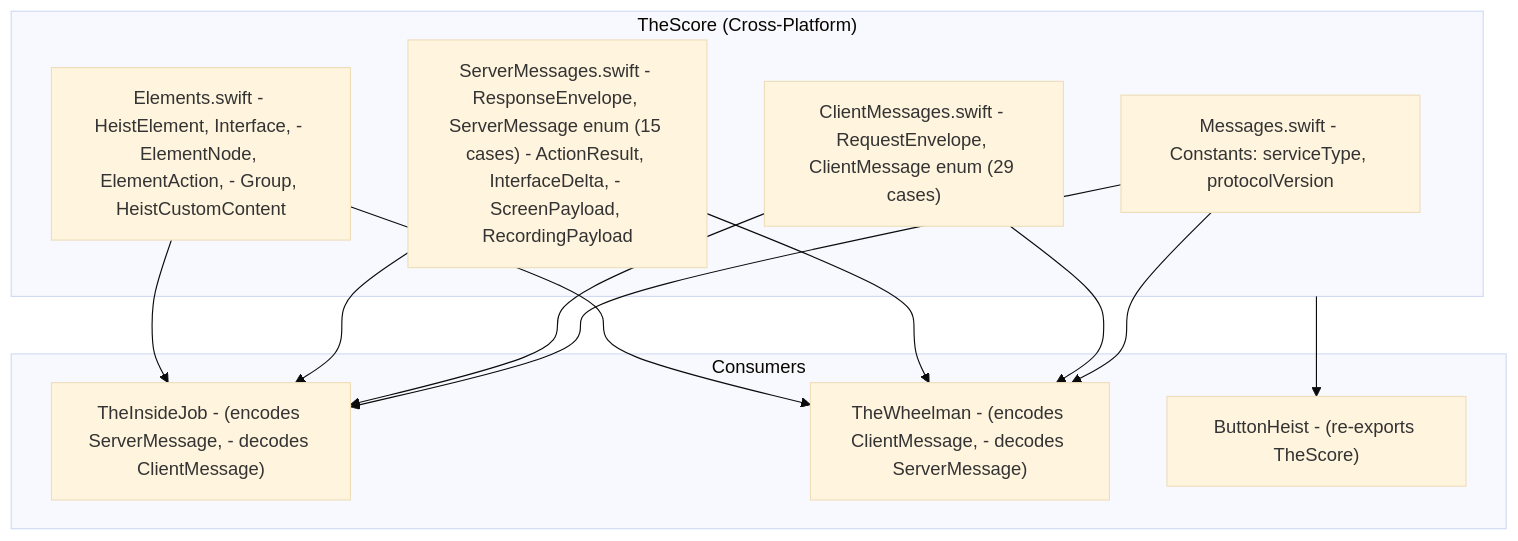
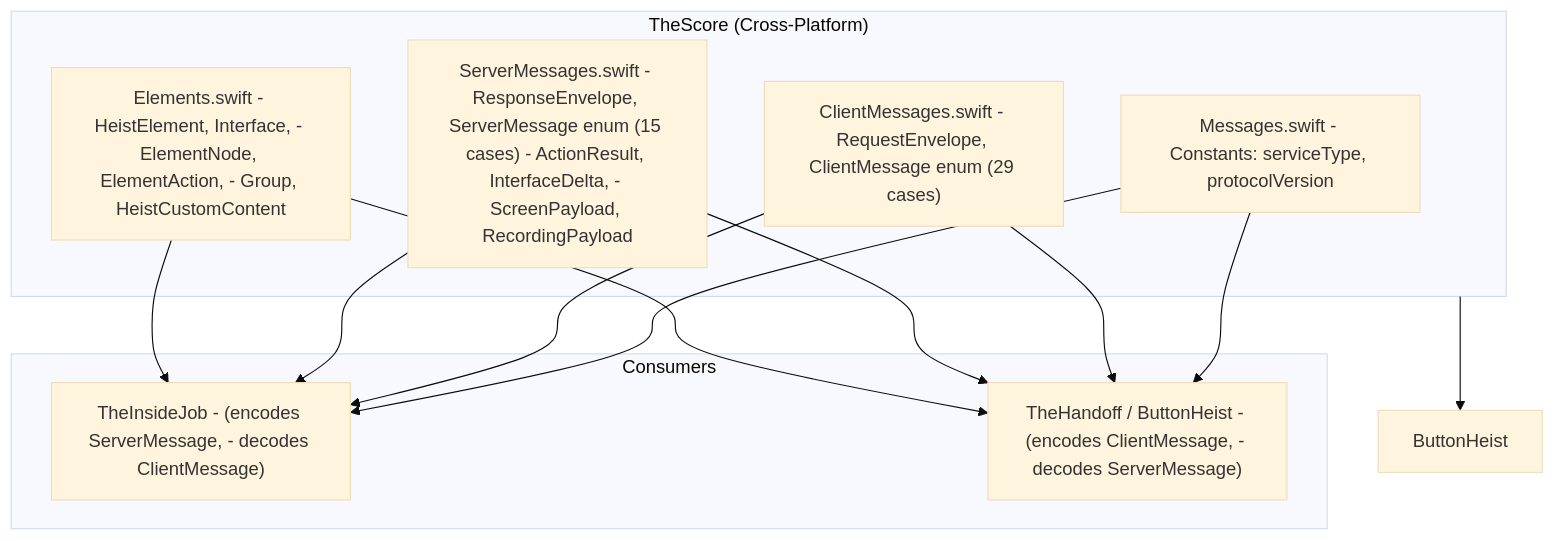
The first of 3 diagrams in docs/dossiers/01-THESCORE.md (RoyalPineapple/TheButtonHeist), drawn with Mermaid (base theme) before and after one commit. The commit also changed 6 other files, not shown here.

First line of the commit message:
Update CLAUDE.md and dossiers for TheWheelman → TheGetaway/TheHandoff split

````diff
--- a/docs/dossiers/01-THESCORE.md
+++ b/docs/dossiers/01-THESCORE.md
@@ -25,25 +25,24 @@
 ```mermaid
 graph TD
     subgraph TheScore["TheScore (Cross-Platform)"]
         Messages["Messages.swift - Constants: serviceType, protocolVersion"]
         Client["ClientMessages.swift - RequestEnvelope, ClientMessage enum (29 cases)"]
         Server["ServerMessages.swift - ResponseEnvelope, ServerMessage enum (15 cases) - ActionResult, InterfaceDelta, - ScreenPayload, RecordingPayload"]
         Elements["Elements.swift - HeistElement, Interface, - ElementNode, ElementAction, - Group, HeistCustomContent"]
     end
 
     subgraph Consumers["Consumers"]
         TheInsideJob["TheInsideJob - (encodes ServerMessage, - decodes ClientMessage)"]
-        TW["TheWheelman - (encodes ClientMessage, - decodes ServerMessage)"]
-        ButtonHeist["ButtonHeist - (re-exports TheScore)"]
+        TH["TheHandoff / ButtonHeist - (encodes ClientMessage, - decodes ServerMessage)"]
     end
 
     Messages --> TheInsideJob
-    Messages --> TW
+    Messages --> TH
     Client --> TheInsideJob
-    Client --> TW
+    Client --> TH
     Server --> TheInsideJob
-    Server --> TW
+    Server --> TH
     Elements --> TheInsideJob
-    Elements --> TW
+    Elements --> TH
     TheScore --> ButtonHeist
 ```
````
